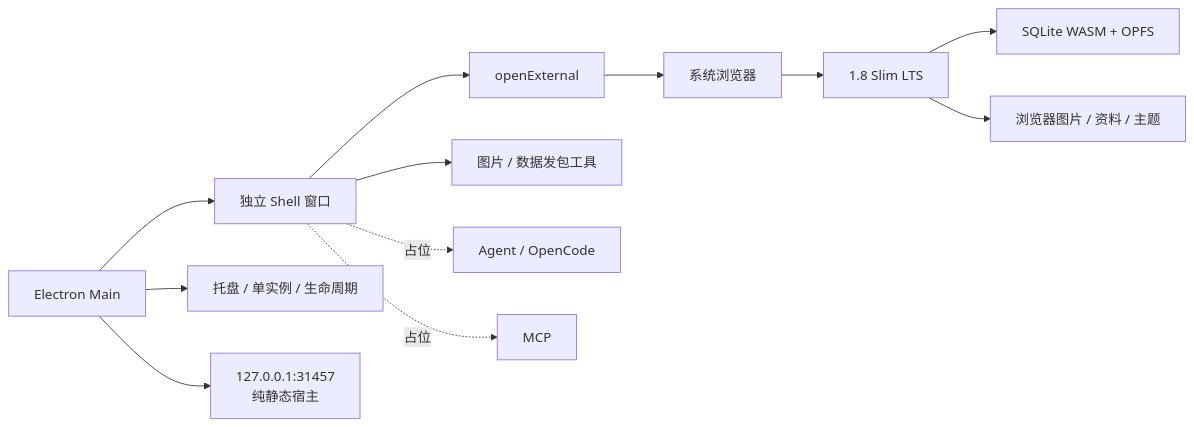
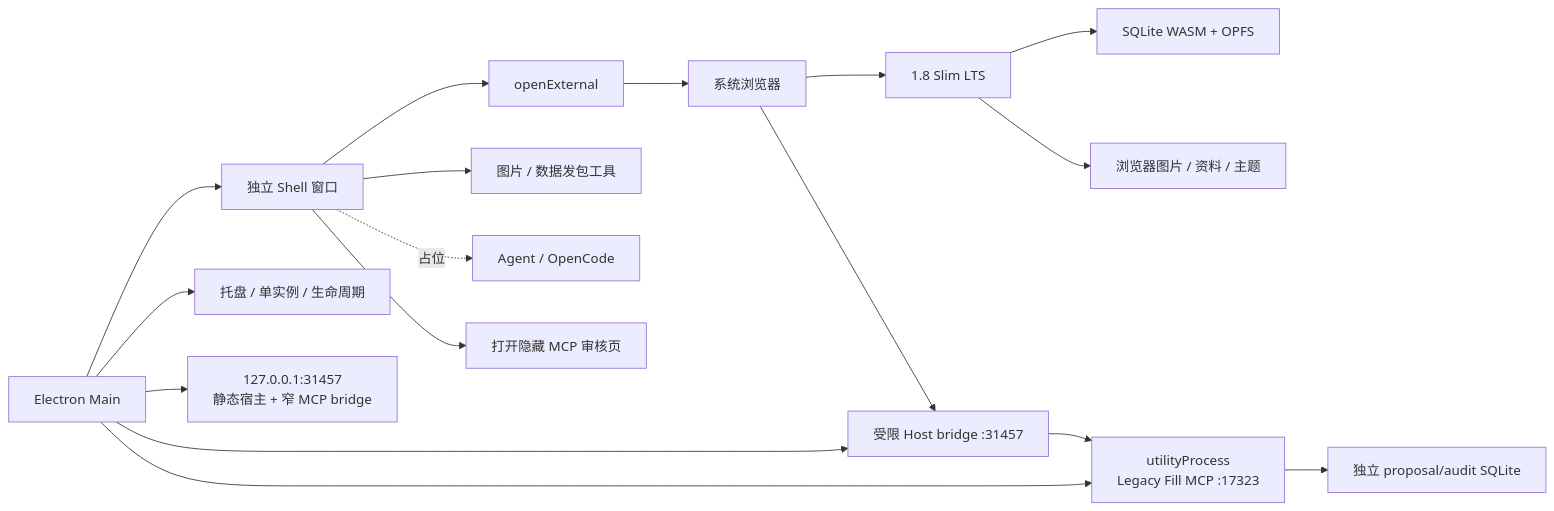
The diagram in docs/architecture/audits/v1.8-slim-electron-shell-migration-20260806.md (Pandluto/dmg-end-field), drawn with Mermaid before and after one commit. The commit also changed other lines of this file and 58 other files, not shown here.

Commit message:
feat: restore legacy fill MCP in desktop shell

````diff
--- a/docs/architecture/audits/v1.8-slim-electron-shell-migration-20260806.md
+++ b/docs/architecture/audits/v1.8-slim-electron-shell-migration-20260806.md
@@ -22,14 +22,19 @@
 ```mermaid
 flowchart LR
   Main["Electron Main"] --> ShellWindow["独立 Shell 窗口"]
   Main --> Tray["托盘 / 单实例 / 生命周期"]
-  Main --> Host["127.0.0.1:31457<br/>纯静态宿主"]
+  Main --> Host["127.0.0.1:31457<br/>静态宿主 + 窄 MCP bridge"]
   ShellWindow --> Open["openExternal"]
   Open --> Browser["系统浏览器"]
   Browser --> Slim["1.8 Slim LTS"]
   Slim --> SQLite["SQLite WASM + OPFS"]
   Slim --> Resources["浏览器图片 / 资料 / 主题"]
   ShellWindow --> Release["图片 / 数据发包工具"]
   ShellWindow -. "占位" .-> Agent["Agent / OpenCode"]
-  ShellWindow -. "占位" .-> MCP["MCP"]
+  ShellWindow --> McpOpen["打开隐藏 MCP 审核页"]
+  Main --> MCP["utilityProcess<br/>Legacy Fill MCP :17323"]
+  Main --> Bridge["受限 Host bridge :31457"]
+  Browser --> Bridge
+  MCP --> AuditDb["独立 proposal/audit SQLite"]
+  Bridge --> MCP
 ```
````
